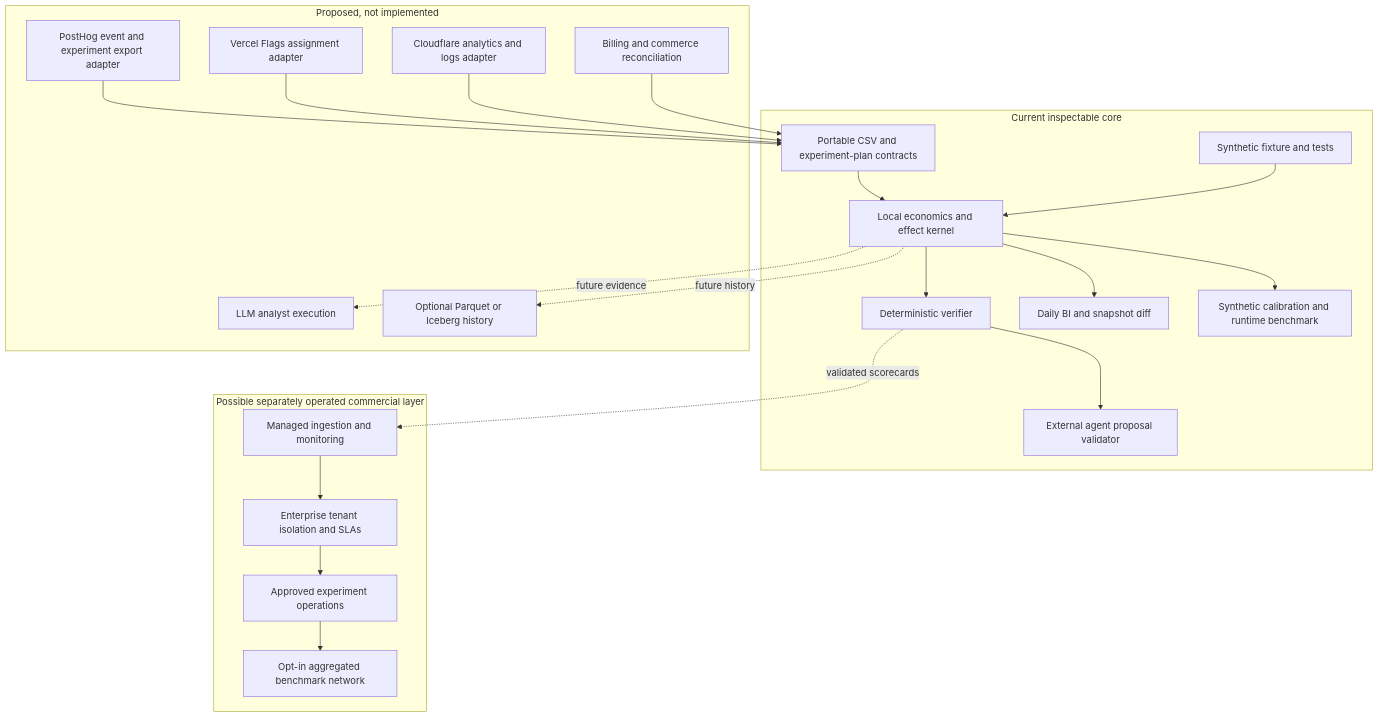
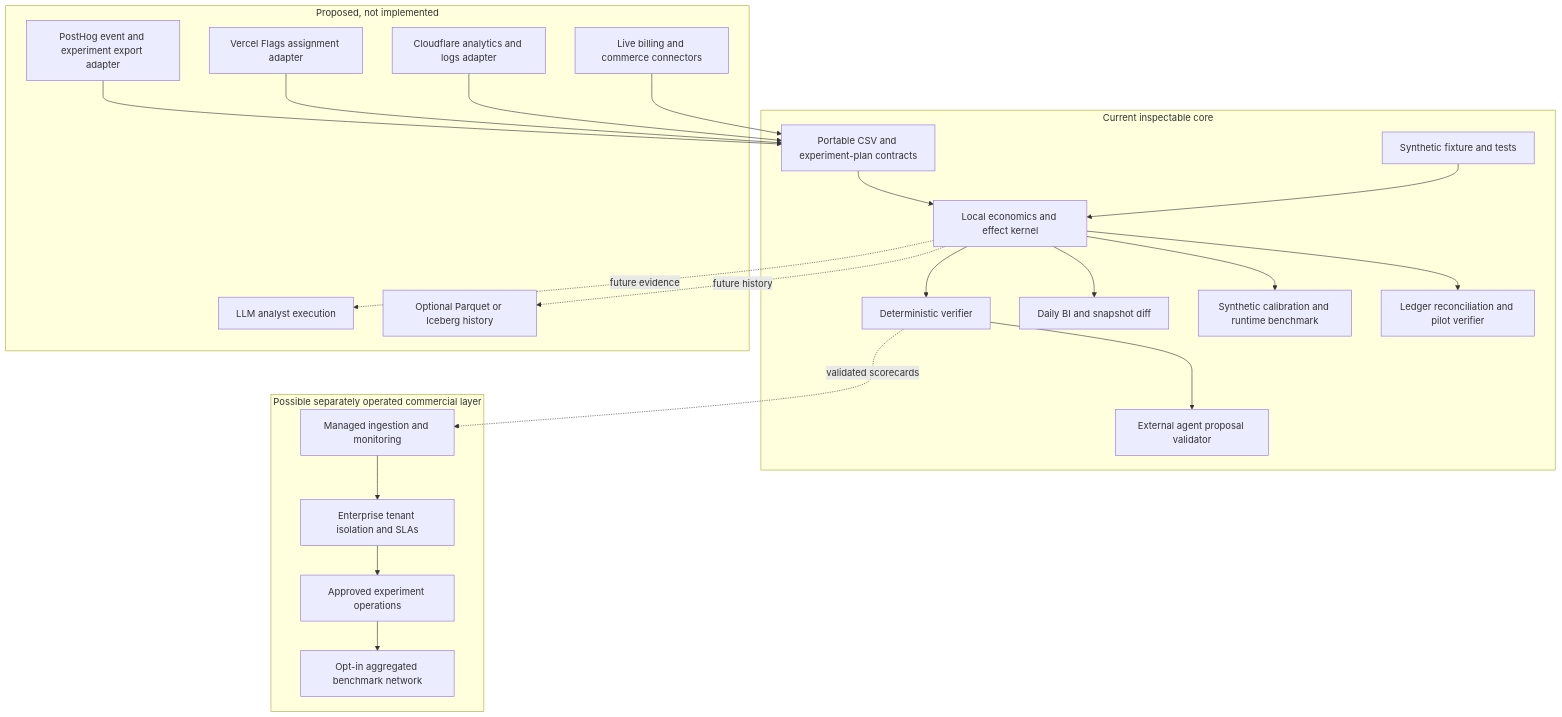
Before and after one commit to AAH20/growth-decision-engine: the second of 2 diagrams in README.md, drawn with Mermaid. The commit also changed other lines of this file and 11 other files, not shown here.

Commit message:
Add read-only pilot ledger reconciliation and replay

````diff
--- a/README.md
+++ b/README.md
@@ -92,39 +96,41 @@
 ```mermaid
 flowchart TB
     subgraph Core[Current inspectable core]
         CSV[Portable CSV and experiment-plan contracts]
         K[Local economics and effect kernel]
         VER[Deterministic verifier]
         BI[Daily BI and snapshot diff]
         PROP[External agent proposal validator]
         FIX[Synthetic fixture and tests]
         CAL[Synthetic calibration and runtime benchmark]
+        PILOT[Ledger reconciliation and pilot verifier]
         CSV --> K --> VER
         K --> BI
         VER --> PROP
         FIX --> K
         K --> CAL
+        K --> PILOT
     end
     subgraph Next[Proposed, not implemented]
         P[PostHog event and experiment export adapter]
         F[Vercel Flags assignment adapter]
         W[Cloudflare analytics and logs adapter]
-        B[Billing and commerce reconciliation]
+        B[Live billing and commerce connectors]
         AG[LLM analyst execution]
         ICE[Optional Parquet or Iceberg history]
     end
     subgraph Commercial[Possible separately operated commercial layer]
         MAN[Managed ingestion and monitoring]
         TEN[Enterprise tenant isolation and SLAs]
         OPT[Approved experiment operations]
         NET[Opt-in aggregated benchmark network]
     end
     P --> CSV
     F --> CSV
     W --> CSV
     B --> CSV
     K -. future evidence .-> AG
     K -. future history .-> ICE
     VER -. validated scorecards .-> MAN
     MAN --> TEN --> OPT --> NET
 ```
````
